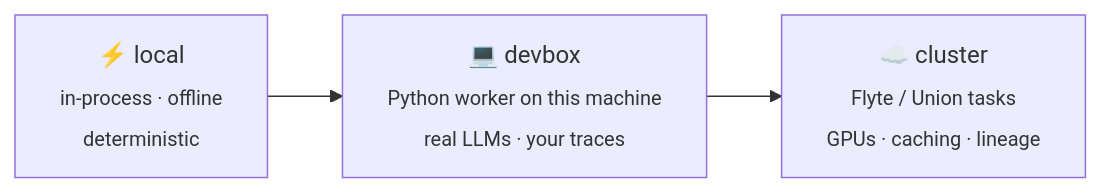
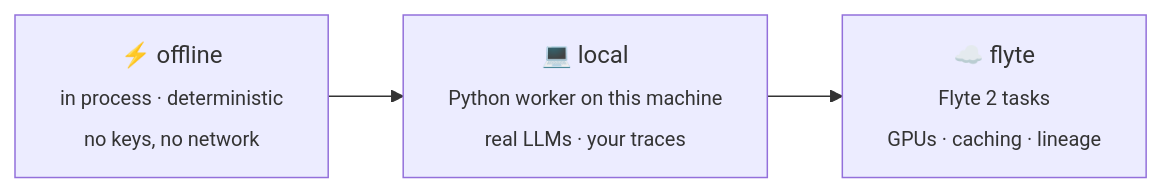
The diagram in docs/guides/backends.md (unionai-oss/hlock), drawn with Mermaid before and after one commit. The commit also changed other lines of this file and 50 other files, not shown here.

````diff
--- a/docs/guides/backends.md
+++ b/docs/guides/backends.md
@@ -7,4 +8,4 @@
 ```mermaid
 flowchart LR
-    L["⚡ local<br/><sub>in-process · offline<br/>deterministic</sub>"] --> D["💻 devbox<br/><sub>Python worker on this machine<br/>real LLMs · your traces</sub>"] --> C["☁️ cluster<br/><sub>Flyte / Union tasks<br/>GPUs · caching · lineage</sub>"]
+    O["⚡ offline<br/><sub>in process · deterministic<br/>no keys, no network</sub>"] --> L["💻 local<br/><sub>Python worker on this machine<br/>real LLMs · your traces</sub>"] --> F["☁️ flyte<br/><sub>Flyte 2 tasks<br/>GPUs · caching · lineage</sub>"]
 ```
````
